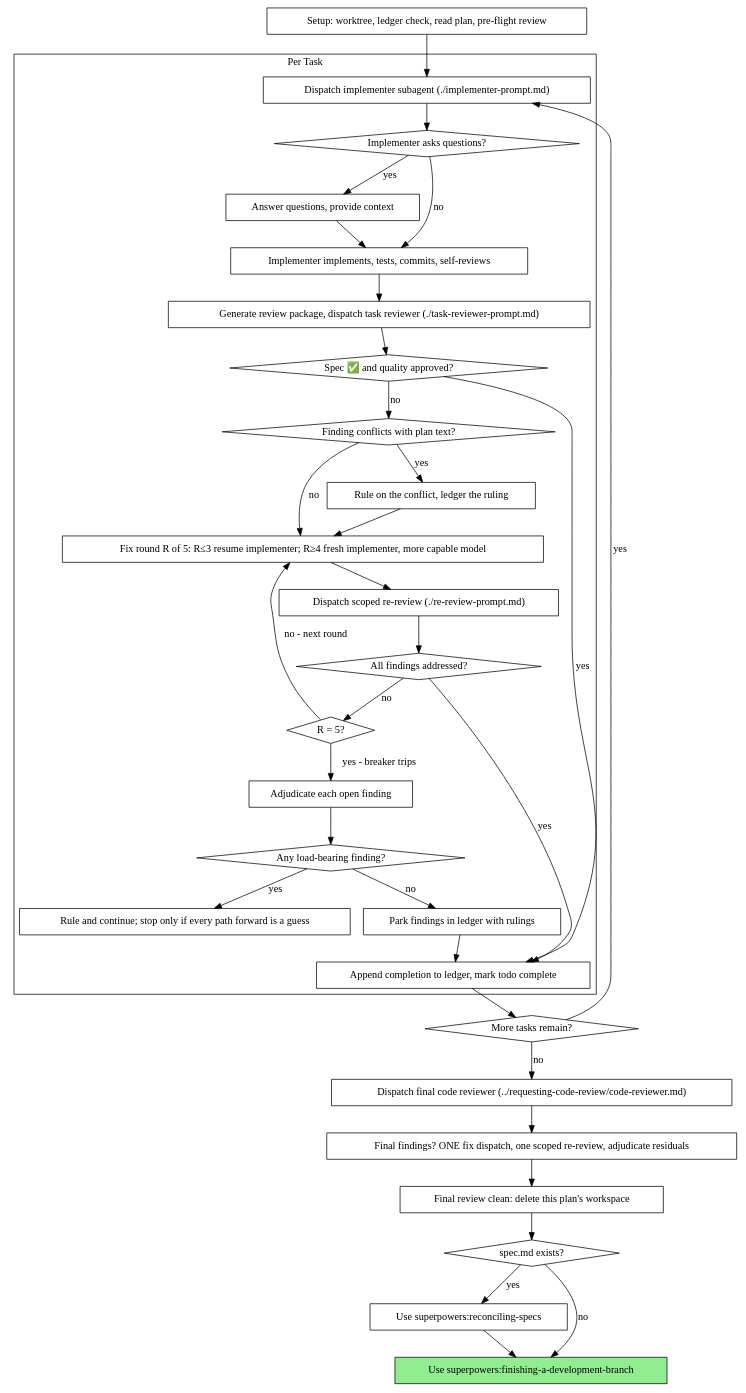
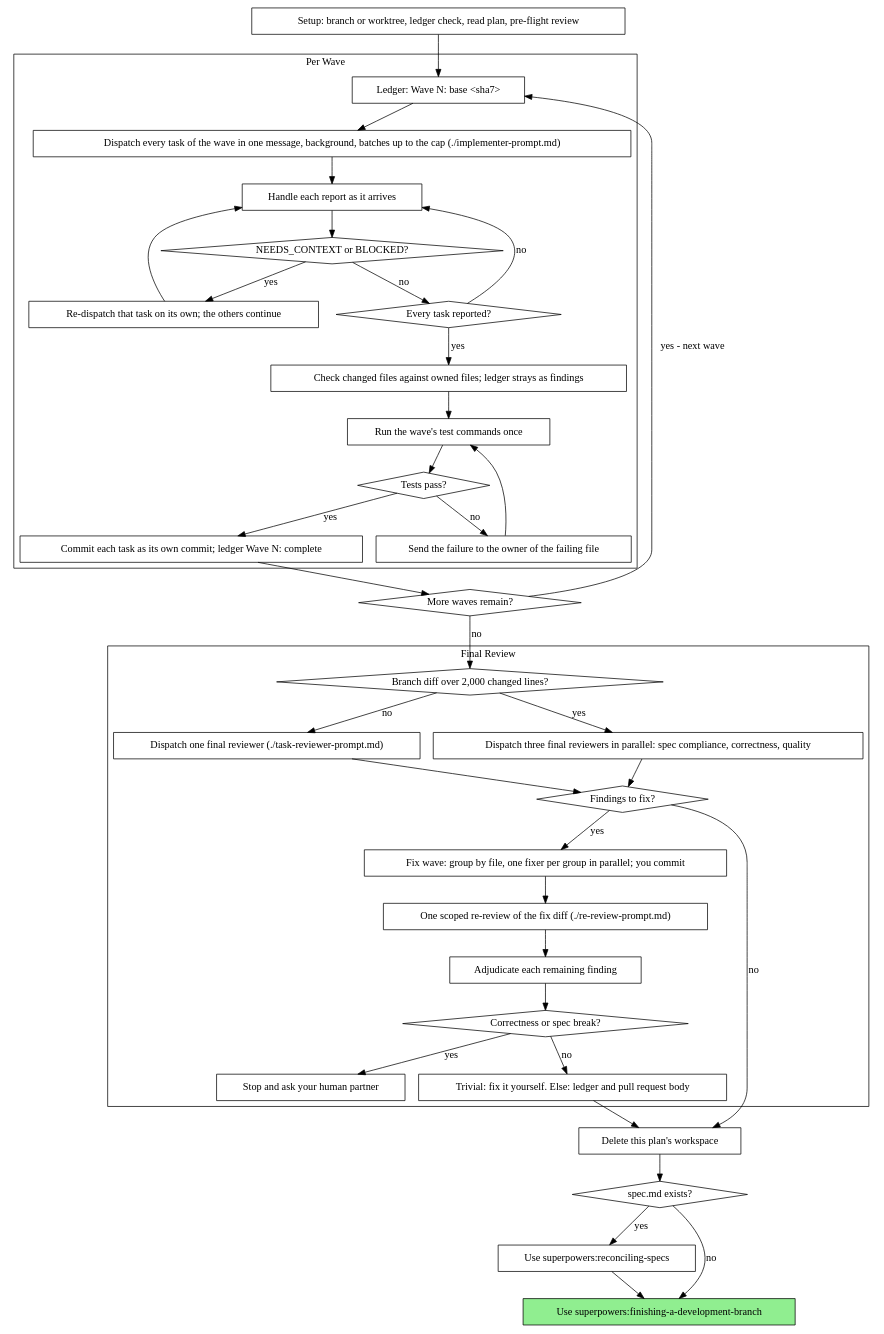
The second of 2 diagrams in plugins/superpowers/skills/subagent-driven-development/SKILL.md (BlastBlastBlast/Warden_public), drawn with Graphviz before and after one commit. The commit also changed other lines of this file and 14 other files, not shown here.

````diff
--- a/plugins/superpowers/skills/subagent-driven-development/SKILL.md
+++ b/plugins/superpowers/skills/subagent-driven-development/SKILL.md
@@ -75,67 +71,75 @@
 ```dot
 digraph process {
     rankdir=TB;
 
-    subgraph cluster_per_task {
-        label="Per Task";
-        "Dispatch implementer subagent (./implementer-prompt.md)" [shape=box];
-        "Implementer asks questions?" [shape=diamond];
-        "Answer questions, provide context" [shape=box];
-        "Implementer implements, tests, commits, self-reviews" [shape=box];
-        "Generate review package, dispatch task reviewer (./task-reviewer-prompt.md)" [shape=box];
-        "Spec ✅ and quality approved?" [shape=diamond];
-        "Finding conflicts with plan text?" [shape=diamond];
-        "Rule on the conflict, ledger the ruling" [shape=box];
-        "Fix round R of 5: R≤3 resume implementer; R≥4 fresh implementer, more capable model" [shape=box];
-        "Dispatch scoped re-review (./re-review-prompt.md)" [shape=box];
-        "All findings addressed?" [shape=diamond];
-        "R = 5?" [shape=diamond];
-        "Adjudicate each open finding" [shape=box];
-        "Any load-bearing finding?" [shape=diamond];
-        "Rule and continue; stop only if every path forward is a guess" [shape=box];
-        "Park findings in ledger with rulings" [shape=box];
-        "Append completion to ledger, mark todo complete" [shape=box];
+    subgraph cluster_per_wave {
+        label="Per Wave";
+        "Ledger: Wave N: base <sha7>" [shape=box];
+        "Dispatch every task of the wave in one message, background, batches up to the cap (./implementer-prompt.md)" [shape=box];
+        "Handle each report as it arrives" [shape=box];
+        "NEEDS_CONTEXT or BLOCKED?" [shape=diamond];
+        "Re-dispatch that task on its own; the others continue" [shape=box];
+        "Every task reported?" [shape=diamond];
+        "Check changed files against owned files; ledger strays as findings" [shape=box];
+        "Run the wave's test commands once" [shape=box];
+        "Tests pass?" [shape=diamond];
+        "Send the failure to the owner of the failing file" [shape=box];
+        "Commit each task as its own commit; ledger Wave N: complete" [shape=box];
     }
 
-    "Setup: worktree, ledger check, read plan, pre-flight review" [shape=box];
-    "More tasks remain?" [shape=diamond];
-    "Dispatch final code reviewer (../requesting-code-review/code-reviewer.md)" [shape=box];
-    "Final findings? ONE fix dispatch, one scoped re-review, adjudicate residuals" [shape=box];
-    "Final review clean: delete this plan's workspace" [shape=box];
+    subgraph cluster_final {
+        label="Final Review";
+        "Branch diff over 2,000 changed lines?" [shape=diamond];
+        "Dispatch one final reviewer (./task-reviewer-prompt.md)" [shape=box];
+        "Dispatch three final reviewers in parallel: spec compliance, correctness, quality" [shape=box];
+        "Findings to fix?" [shape=diamond];
+        "Fix wave: group by file, one fixer per group in parallel; you commit" [shape=box];
+        "One scoped re-review of the fix diff (./re-review-prompt.md)" [shape=box];
+        "Adjudicate each remaining finding" [shape=box];
+        "Correctness or spec break?" [shape=diamond];
+        "Stop and ask your human partner" [shape=box];
+        "Trivial: fix it yourself. Else: ledger and pull request body" [shape=box];
+    }
+
+    "Setup: branch or worktree, ledger check, read plan, pre-flight review" [shape=box];
+    "More waves remain?" [shape=diamond];
+    "Delete this plan's workspace" [shape=box];
     "spec.md exists?" [shape=diamond];
     "Use superpowers:reconciling-specs" [shape=box];
     "Use superpowers:finishing-a-development-branch" [shape=box style=filled fillcolor=lightgreen];
 
-    "Setup: worktree, ledger check, read plan, pre-flight review" -> "Dispatch implementer subagent (./implementer-prompt.md)";
-    "Dispatch implementer subagent (./implementer-prompt.md)" -> "Implementer asks questions?";
-    "Implementer asks questions?" -> "Answer questions, provide context" [label="yes"];
-    "Answer questions, provide context" -> "Implementer implements, tests, commits, self-reviews";
-    "Implementer asks questions?" -> "Implementer implements, tests, commits, self-reviews" [label="no"];
-    "Implementer implements, tests, commits, self-reviews" -> "Generate review package, dispatch task reviewer (./task-reviewer-prompt.md)";
-    "Generate review package, dispatch task reviewer (./task-reviewer-prompt.md)" -> "Spec ✅ and quality approved?";
-    "Spec ✅ and quality approved?" -> "Append completion to ledger, mark todo complete" [label="yes"];
-    "Spec ✅ and quality approved?" -> "Finding conflicts with plan text?" [label="no"];
-    "Finding conflicts with plan text?" -> "Rule on the conflict, ledger the ruling" [label="yes"];
-    "Rule on the conflict, ledger the ruling" -> "Fix round R of 5: R≤3 resume implementer; R≥4 fresh implementer, more capable model";
-    "Finding conflicts with plan text?" -> "Fix round R of 5: R≤3 resume implementer; R≥4 fresh implementer, more capable model" [label="no"];
-    "Fix round R of 5: R≤3 resume implementer; R≥4 fresh implementer, more capable model" -> "Dispatch scoped re-review (./re-review-prompt.md)";
-    "Dispatch scoped re-review (./re-review-prompt.md)" -> "All findings addressed?";
-    "All findings addressed?" -> "Append completion to ledger, mark todo complete" [label="yes"];
-    "All findings addressed?" -> "R = 5?" [label="no"];
-    "R = 5?" -> "Fix round R of 5: R≤3 resume implementer; R≥4 fresh implementer, more capable model" [label="no - next round"];
-    "R = 5?" -> "Adjudicate each open finding" [label="yes - breaker trips"];
-    "Adjudicate each open finding" -> "Any load-bearing finding?";
-    "Any load-bearing finding?" -> "Rule and continue; stop only if every path forward is a guess" [label="yes"];
-    "Any load-bearing finding?" -> "Park findings in ledger with rulings" [label="no"];
-    "Park findings in ledger with rulings" -> "Append completion to ledger, mark todo complete";
-    "Append completion to ledger, mark todo complete" -> "More tasks remain?";
-    "More tasks remain?" -> "Dispatch implementer subagent (./implementer-prompt.md)" [label="yes"];
-    "More tasks remain?" -> "Dispatch final code reviewer (../requesting-code-review/code-reviewer.md)" [label="no"];
-    "Dispatch final code reviewer (../requesting-code-review/code-reviewer.md)" -> "Final findings? ONE fix dispatch, one scoped re-review, adjudicate residuals";
-    "Final findings? ONE fix dispatch, one scoped re-review, adjudicate residuals" -> "Final review clean: delete this plan's workspace";
-    "Final review clean: delete this plan's workspace" -> "spec.md exists?";
+    "Setup: branch or worktree, ledger check, read plan, pre-flight review" -> "Ledger: Wave N: base <sha7>";
+    "Ledger: Wave N: base <sha7>" -> "Dispatch every task of the wave in one message, background, batches up to the cap (./implementer-prompt.md)";
+    "Dispatch every task of the wave in one message, background, batches up to the cap (./implementer-prompt.md)" -> "Handle each report as it arrives";
+    "Handle each report as it arrives" -> "NEEDS_CONTEXT or BLOCKED?";
+    "NEEDS_CONTEXT or BLOCKED?" -> "Re-dispatch that task on its own; the others continue" [label="yes"];
+    "Re-dispatch that task on its own; the others continue" -> "Handle each report as it arrives";
+    "NEEDS_CONTEXT or BLOCKED?" -> "Every task reported?" [label="no"];
+    "Every task reported?" -> "Handle each report as it arrives" [label="no"];
+    "Every task reported?" -> "Check changed files against owned files; ledger strays as findings" [label="yes"];
+    "Check changed files against owned files; ledger strays as findings" -> "Run the wave's test commands once";
+    "Run the wave's test commands once" -> "Tests pass?";
+    "Tests pass?" -> "Send the failure to the owner of the failing file" [label="no"];
+    "Send the failure to the owner of the failing file" -> "Run the wave's test commands once";
+    "Tests pass?" -> "Commit each task as its own commit; ledger Wave N: complete" [label="yes"];
+    "Commit each task as its own commit; ledger Wave N: complete" -> "More waves remain?";
+    "More waves remain?" -> "Ledger: Wave N: base <sha7>" [label="yes - next wave"];
+    "More waves remain?" -> "Branch diff over 2,000 changed lines?" [label="no"];
+    "Branch diff over 2,000 changed lines?" -> "Dispatch one final reviewer (./task-reviewer-prompt.md)" [label="no"];
+    "Branch diff over 2,000 changed lines?" -> "Dispatch three final reviewers in parallel: spec compliance, correctness, quality" [label="yes"];
+    "Dispatch one final reviewer (./task-reviewer-prompt.md)" -> "Findings to fix?";
+    "Dispatch three final reviewers in parallel: spec compliance, correctness, quality" -> "Findings to fix?";
+    "Findings to fix?" -> "Delete this plan's workspace" [label="no"];
+    "Findings to fix?" -> "Fix wave: group by file, one fixer per group in parallel; you commit" [label="yes"];
+    "Fix wave: group by file, one fixer per group in parallel; you commit" -> "One scoped re-review of the fix diff (./re-review-prompt.md)";
+    "One scoped re-review of the fix diff (./re-review-prompt.md)" -> "Adjudicate each remaining finding";
+    "Adjudicate each remaining finding" -> "Correctness or spec break?";
+    "Correctness or spec break?" -> "Stop and ask your human partner" [label="yes"];
+    "Correctness or spec break?" -> "Trivial: fix it yourself. Else: ledger and pull request body" [label="no"];
+    "Trivial: fix it yourself. Else: ledger and pull request body" -> "Delete this plan's workspace";
+    "Delete this plan's workspace" -> "spec.md exists?";
     "spec.md exists?" -> "Use superpowers:reconciling-specs" [label="yes"];
     "spec.md exists?" -> "Use superpowers:finishing-a-development-branch" [label="no"];
     "Use superpowers:reconciling-specs" -> "Use superpowers:finishing-a-development-branch";
 }
 ```
````
